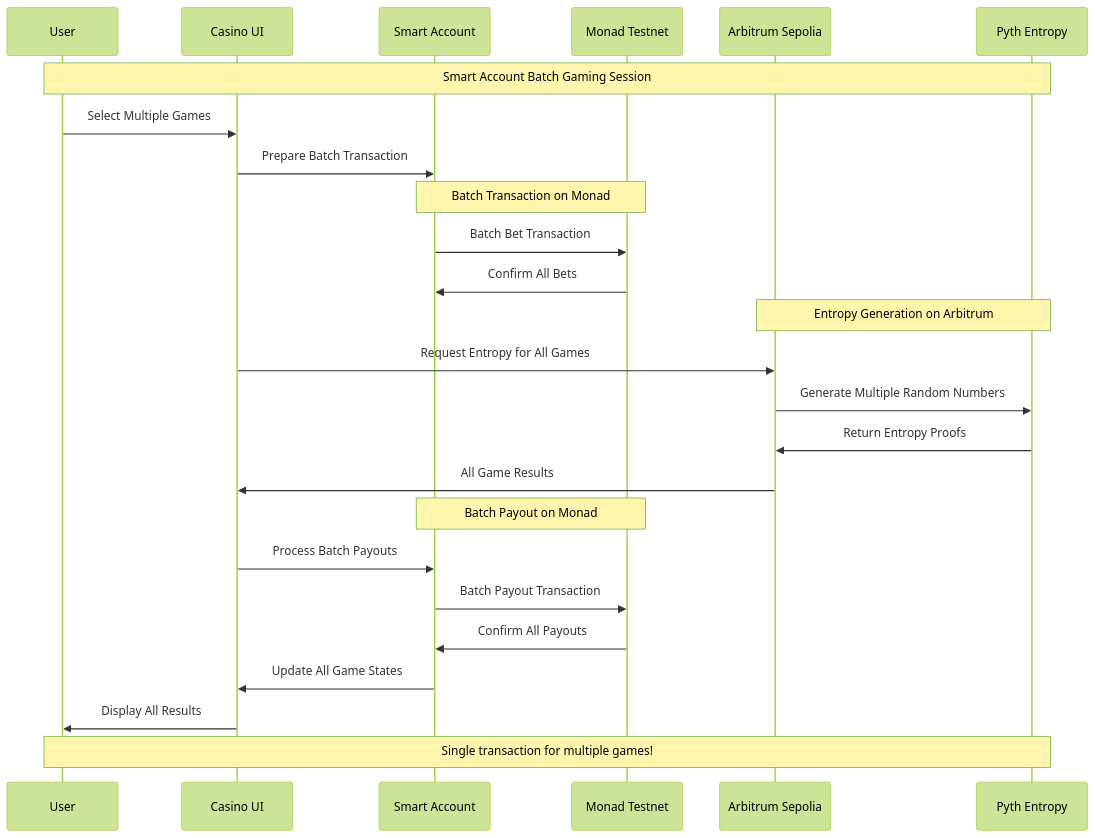
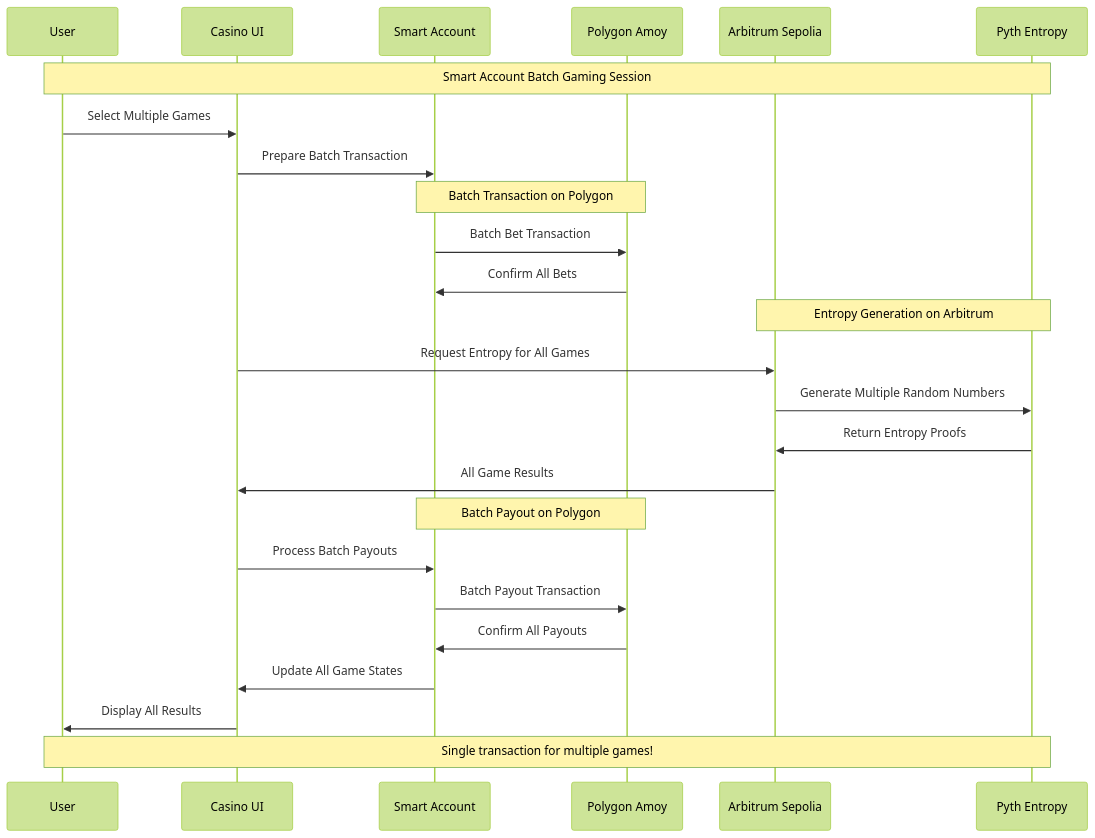
One commit to AmaanSayyad/APT-Casino-Polygon changed the fifth of 6 diagrams in README.md. Above: the diagram before and after it, drawn with Mermaid (forest theme). The commit also changed other lines of this file, not shown here.

````diff
--- a/README.md
+++ b/README.md
@@ -481,34 +310,34 @@
 ```mermaid
 sequenceDiagram
     participant U as User
     participant UI as Casino UI
     participant SA as Smart Account
-    participant MT as Monad Testnet
+    participant PA as Polygon Amoy
     participant AS as Arbitrum Sepolia
     participant PE as Pyth Entropy
     
     Note over U,PE: Smart Account Batch Gaming Session
     
     U->>UI: Select Multiple Games
     UI->>SA: Prepare Batch Transaction
     
-    Note over SA,MT: Batch Transaction on Monad
-    SA->>MT: Batch Bet Transaction
-    MT->>SA: Confirm All Bets
+    Note over SA,PA: Batch Transaction on Polygon
+    SA->>PA: Batch Bet Transaction
+    PA->>SA: Confirm All Bets
     
     Note over AS,PE: Entropy Generation on Arbitrum
     UI->>AS: Request Entropy for All Games
     AS->>PE: Generate Multiple Random Numbers
     PE->>AS: Return Entropy Proofs
     AS->>UI: All Game Results
     
-    Note over SA,MT: Batch Payout on Monad
+    Note over SA,PA: Batch Payout on Polygon
     UI->>SA: Process Batch Payouts
-    SA->>MT: Batch Payout Transaction
-    MT->>SA: Confirm All Payouts
+    SA->>PA: Batch Payout Transaction
+    PA->>SA: Confirm All Payouts
     
     SA->>UI: Update All Game States
     UI->>U: Display All Results
     
     Note over U,PE: Single transaction for multiple games!
 ```
````
